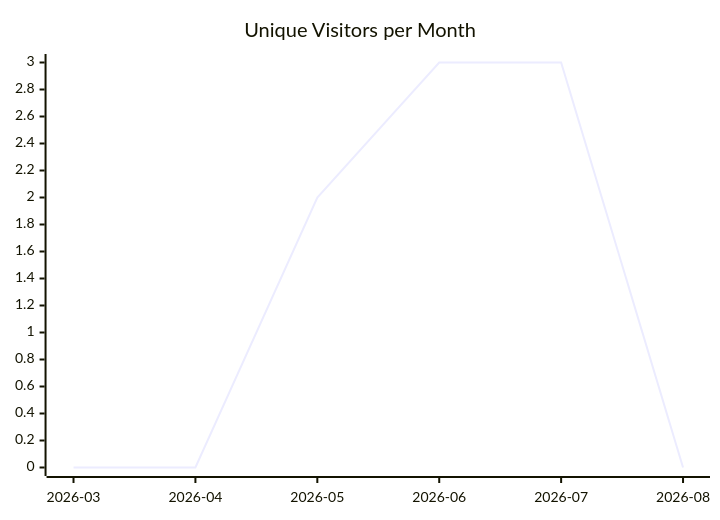
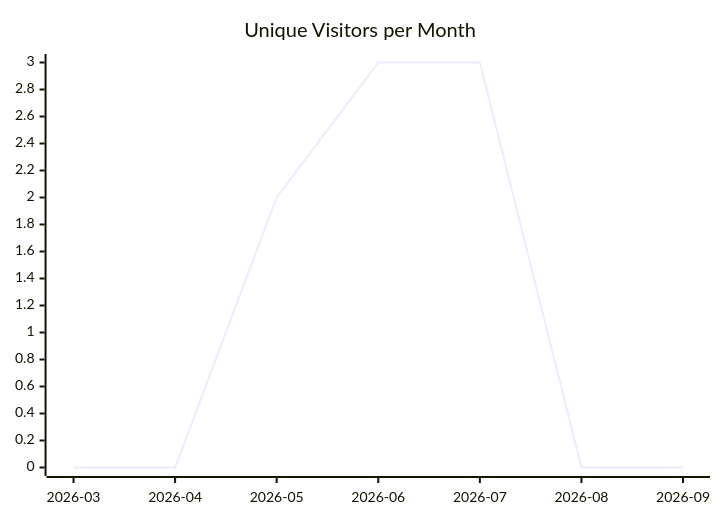
One commit to justdavis-family/github-analytics-data changed the first of 3 diagrams in karlmdavis/justdavis-karl/README.md. Above: the diagram before and after it, drawn with Mermaid. The commit also changed other lines of this file and 191 other files, not shown here.

````diff
--- a/karlmdavis/justdavis-karl/README.md
+++ b/karlmdavis/justdavis-karl/README.md
@@ -5,6 +5,6 @@
 ```mermaid
 xychart-beta
   title "Unique Visitors per Month"
-  x-axis ["2026-03", "2026-04", "2026-05", "2026-06", "2026-07", "2026-08"]
-  line [0, 0, 2, 3, 3, 0]
+  x-axis ["2026-03", "2026-04", "2026-05", "2026-06", "2026-07", "2026-08", "2026-09"]
+  line [0, 0, 2, 3, 3, 0, 0]
 ```
````
